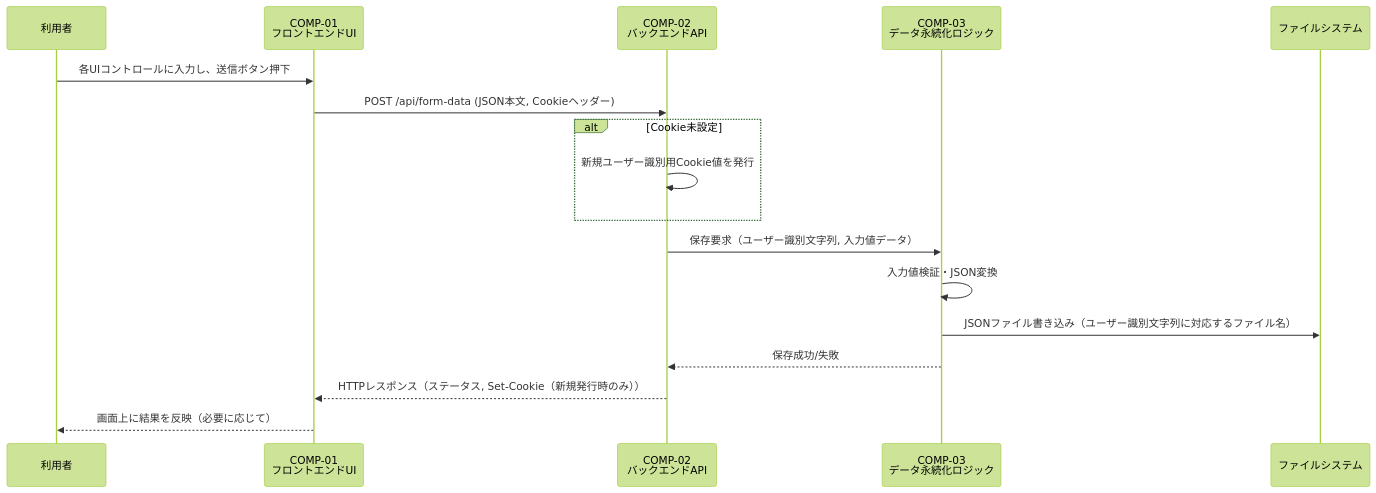
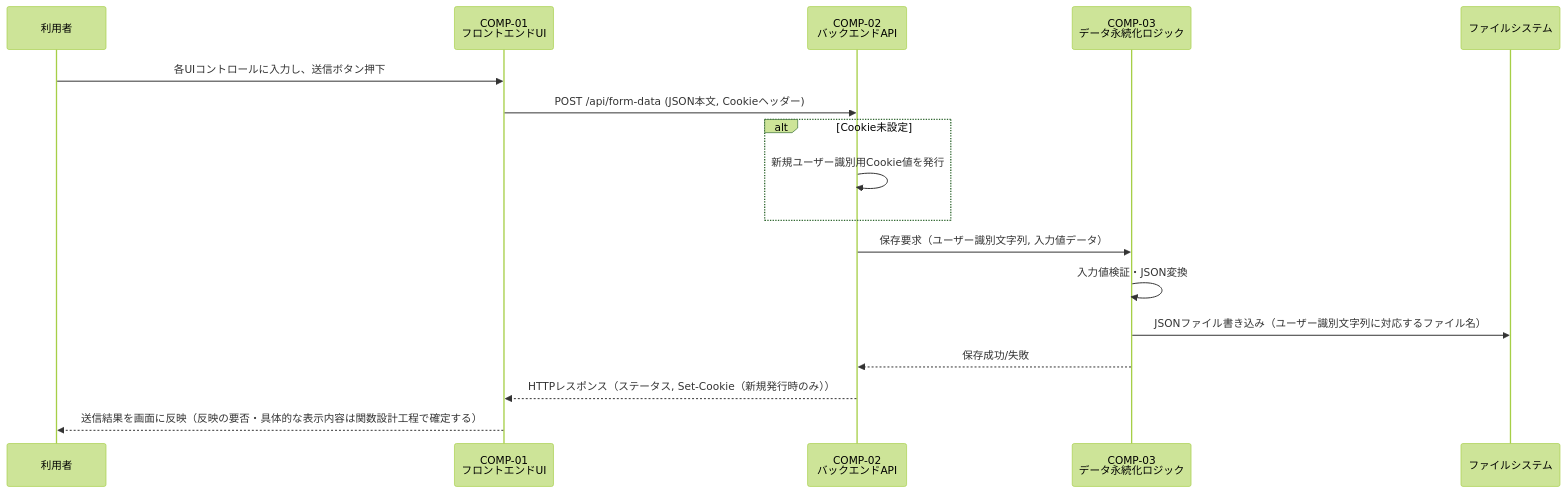
The second of 4 diagrams in docs/02_component_design/component_design.md (SanghunIm1991/learn-playwright-dotnet), drawn with Mermaid (forest theme) before and after one commit. The commit also changed other lines of this file, not shown here.

````diff
--- a/docs/02_component_design/component_design.md
+++ b/docs/02_component_design/component_design.md
@@ -117,20 +117,20 @@
 ```mermaid
 sequenceDiagram
     participant U as 利用者
     participant F as COMP-01<br/>フロントエンドUI
     participant A as COMP-02<br/>バックエンドAPI
     participant L as COMP-03<br/>データ永続化ロジック
     participant FS as ファイルシステム
 
     U->>F: 各UIコントロールに入力し、送信ボタン押下
     F->>A: POST /api/form-data (JSON本文, Cookieヘッダー)
     alt Cookie未設定
         A->>A: 新規ユーザー識別用Cookie値を発行
     end
     A->>L: 保存要求（ユーザー識別文字列, 入力値データ）
     L->>L: 入力値検証・JSON変換
     L->>FS: JSONファイル書き込み（ユーザー識別文字列に対応するファイル名）
     L-->>A: 保存成功/失敗
     A-->>F: HTTPレスポンス（ステータス, Set-Cookie（新規発行時のみ））
-    F-->>U: 画面上に結果を反映（必要に応じて）
+    F-->>U: 送信結果を画面に反映（反映の要否・具体的な表示内容は関数設計工程で確定する）
 ```
````
